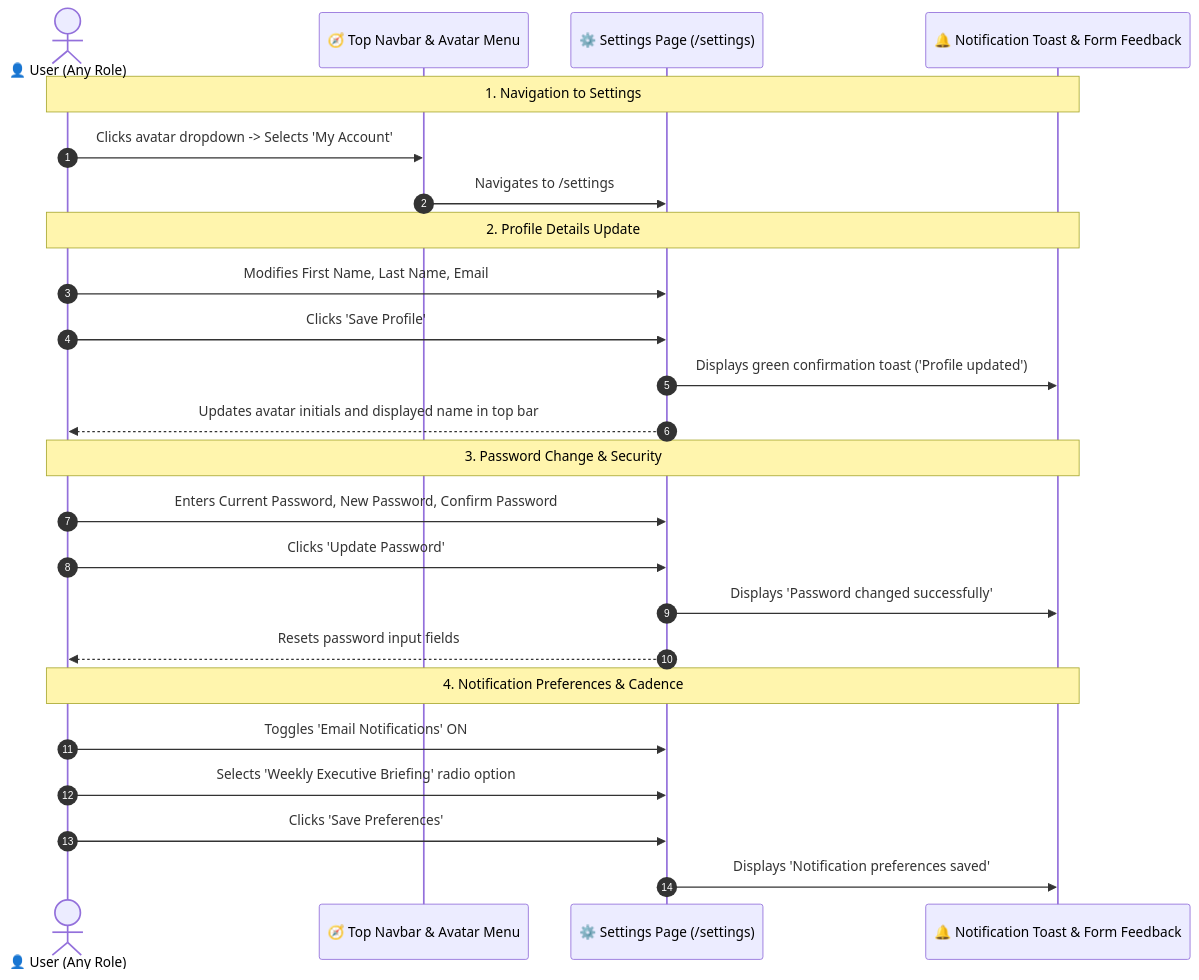
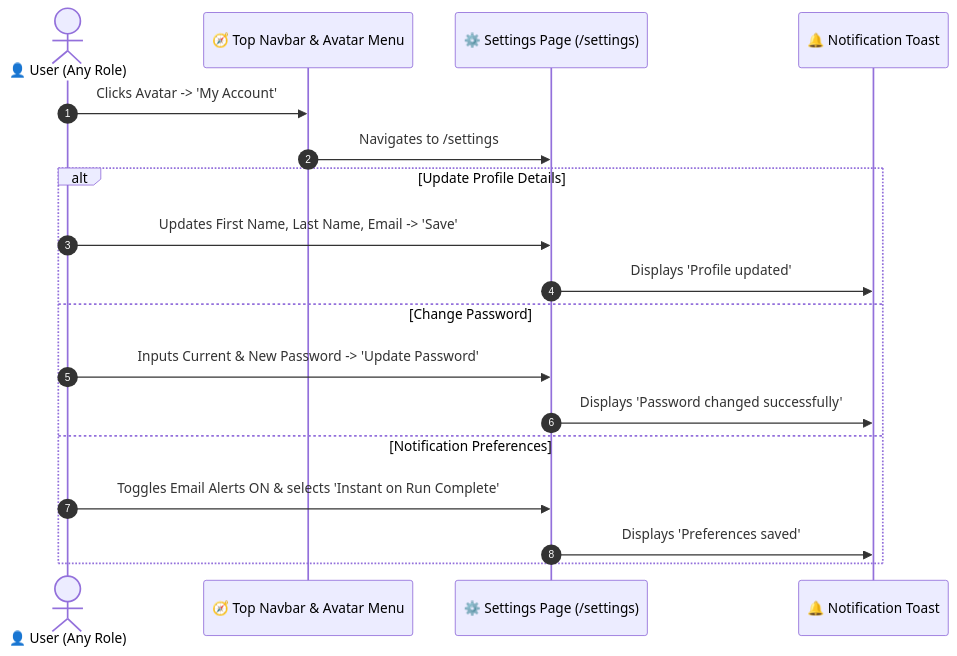
One commit to p4ku/research-intelligence changed the sixth of 6 diagrams in docs/user_journeys/stage_2_user_journeys.md. Above: the diagram before and after it, drawn with Mermaid. The commit also changed other lines of this file, not shown here.

Commit message:
docs: align stage 2 user journeys with 4-pillar hand-drawn architecture mockups

````diff
--- a/docs/user_journeys/stage_2_user_journeys.md
+++ b/docs/user_journeys/stage_2_user_journeys.md
@@ -302,30 +337,22 @@
 ```mermaid
 sequenceDiagram
     autonumber
     actor User as 👤 User (Any Role)
     participant AvatarMenu as 🧭 Top Navbar & Avatar Menu
     participant SettingsPage as ⚙️ Settings Page (/settings)
-    participant Toast as 🔔 Notification Toast & Form Feedback
+    participant Toast as 🔔 Notification Toast
 
-    Note over User,Toast: 1. Navigation to Settings
-    User->>AvatarMenu: Clicks avatar dropdown -> Selects 'My Account'
+    User->>AvatarMenu: Clicks Avatar -> 'My Account'
     AvatarMenu->>SettingsPage: Navigates to /settings
 
-    Note over User,Toast: 2. Profile Details Update
-    User->>SettingsPage: Modifies First Name, Last Name, Email
-    User->>SettingsPage: Clicks 'Save Profile'
-    SettingsPage->>Toast: Displays green confirmation toast ('Profile updated')
-    SettingsPage-->>User: Updates avatar initials and displayed name in top bar
-
-    Note over User,Toast: 3. Password Change & Security
-    User->>SettingsPage: Enters Current Password, New Password, Confirm Password
-    User->>SettingsPage: Clicks 'Update Password'
-    SettingsPage->>Toast: Displays 'Password changed successfully'
-    SettingsPage-->>User: Resets password input fields
-
-    Note over User,Toast: 4. Notification Preferences & Cadence
-    User->>SettingsPage: Toggles 'Email Notifications' ON
-    User->>SettingsPage: Selects 'Weekly Executive Briefing' radio option
-    User->>SettingsPage: Clicks 'Save Preferences'
-    SettingsPage->>Toast: Displays 'Notification preferences saved'
+    alt Update Profile Details
+        User->>SettingsPage: Updates First Name, Last Name, Email -> 'Save'
+        SettingsPage->>Toast: Displays 'Profile updated'
+    else Change Password
+        User->>SettingsPage: Inputs Current & New Password -> 'Update Password'
+        SettingsPage->>Toast: Displays 'Password changed successfully'
+    else Notification Preferences
+        User->>SettingsPage: Toggles Email Alerts ON & selects 'Instant on Run Complete'
+        SettingsPage->>Toast: Displays 'Preferences saved'
+    end
 ```
````
